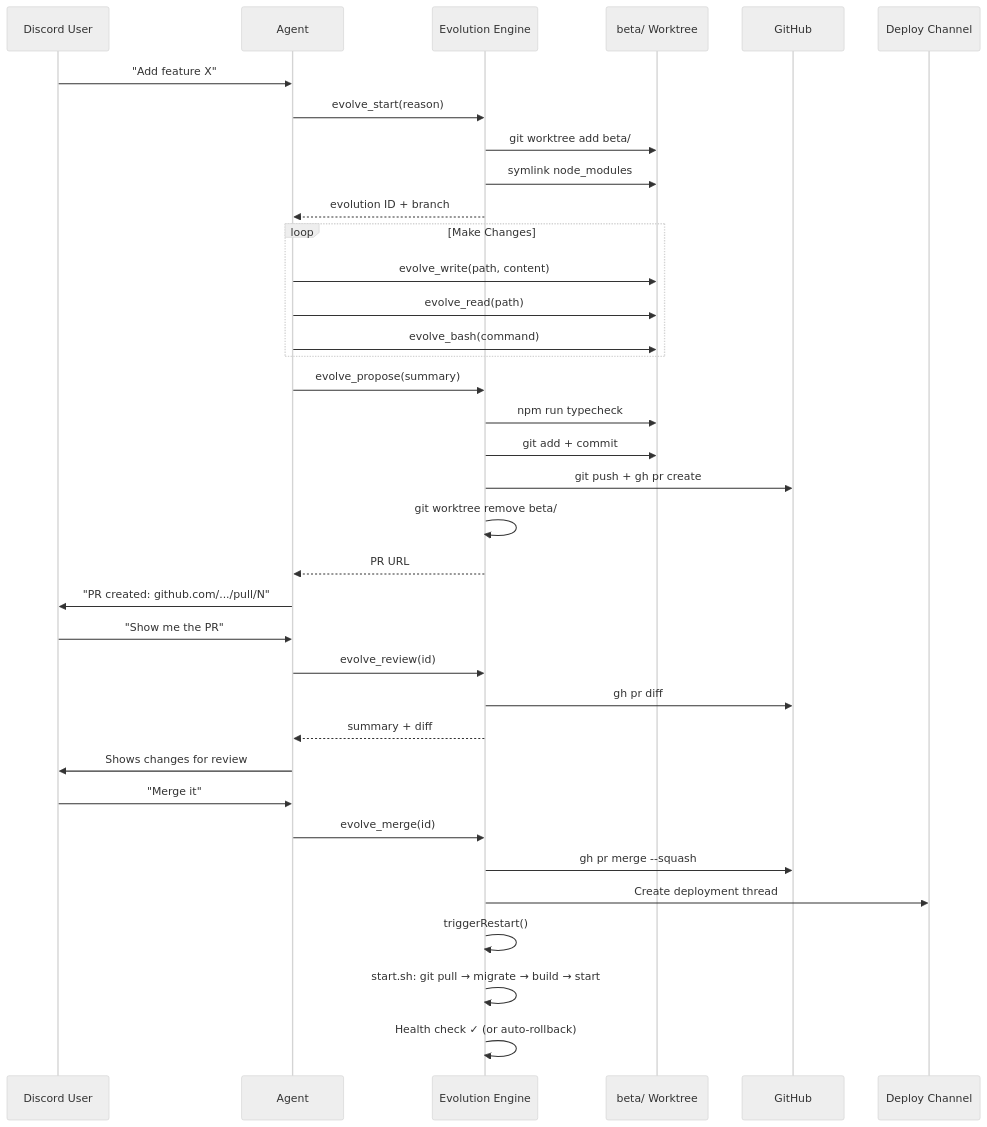
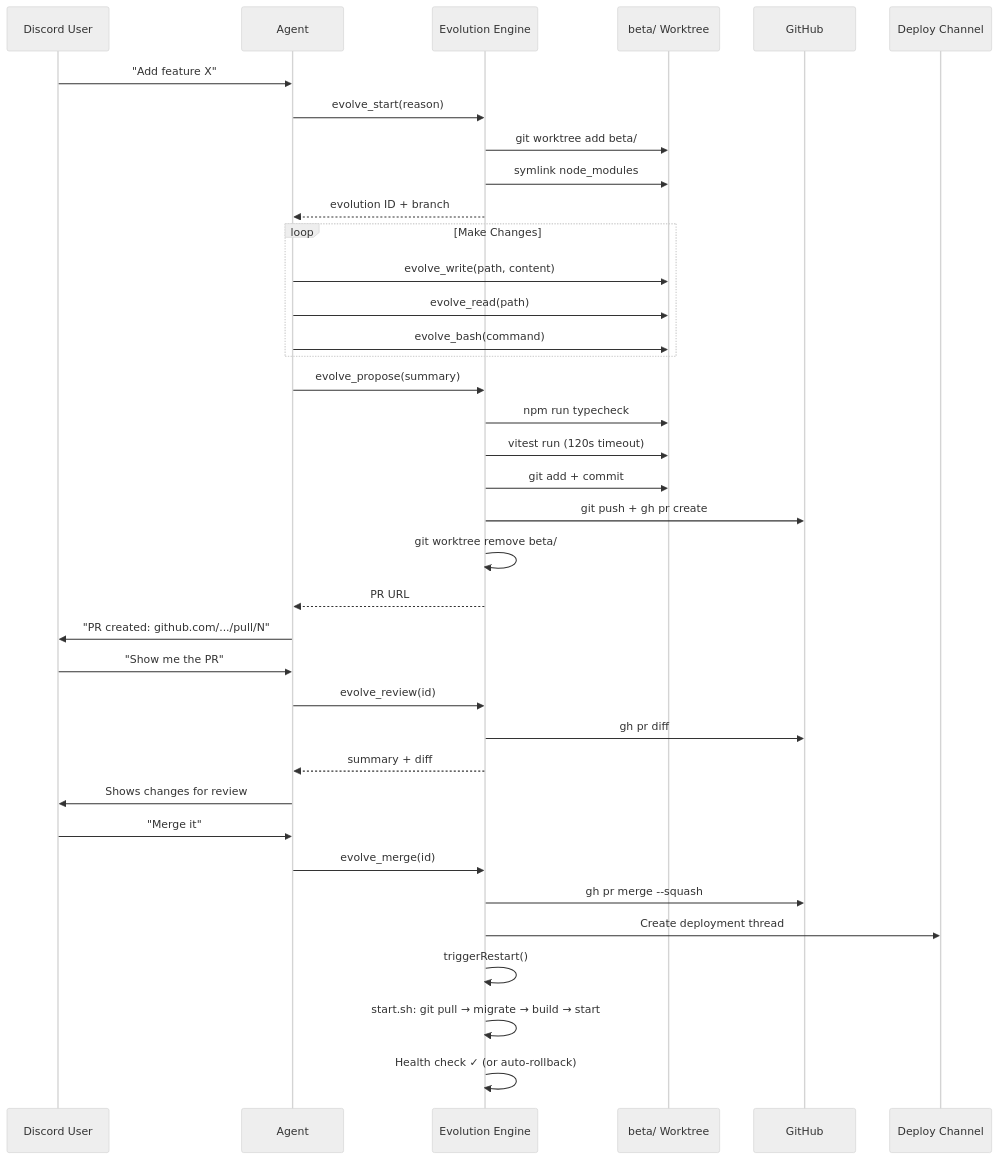
One commit to NaichuanZhang/discord-claw-auto-evolve changed the tenth of 10 diagrams in README.md. Above: the diagram before and after it, drawn with Mermaid (neutral theme). The commit also changed other lines of this file and 2 other files, not shown here.

````diff
--- a/README.md
+++ b/README.md
@@ -783,44 +805,45 @@
 ```mermaid
 sequenceDiagram
     participant U as Discord User
     participant A as Agent
     participant E as Evolution Engine
     participant W as beta/ Worktree
     participant GH as GitHub
     participant DC as Deploy Channel
 
     U->>A: "Add feature X"
     A->>E: evolve_start(reason)
     E->>W: git worktree add beta/
     E->>W: symlink node_modules
     E-->>A: evolution ID + branch
 
     loop Make Changes
         A->>W: evolve_write(path, content)
         A->>W: evolve_read(path)
         A->>W: evolve_bash(command)
     end
 
     A->>E: evolve_propose(summary)
     E->>W: npm run typecheck
+    E->>W: vitest run (120s timeout)
     E->>W: git add + commit
     E->>GH: git push + gh pr create
     E->>E: git worktree remove beta/
     E-->>A: PR URL
 
     A->>U: "PR created: github.com/.../pull/N"
 
     U->>A: "Show me the PR"
     A->>E: evolve_review(id)
     E->>GH: gh pr diff
     E-->>A: summary + diff
     A->>U: Shows changes for review
 
     U->>A: "Merge it"
     A->>E: evolve_merge(id)
     E->>GH: gh pr merge --squash
     E->>DC: Create deployment thread
     E->>E: triggerRestart()
     E->>E: start.sh: git pull → migrate → build → start
     E->>E: Health check ✓ (or auto-rollback)
 ```
````
